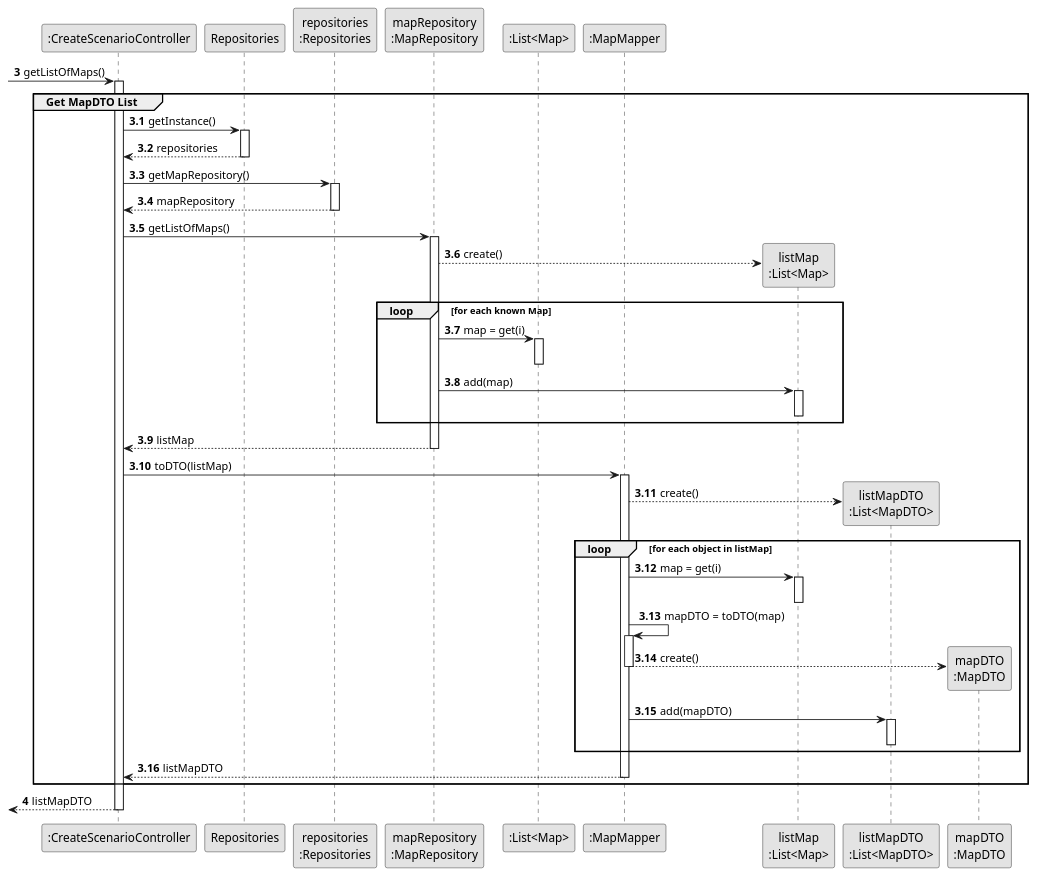
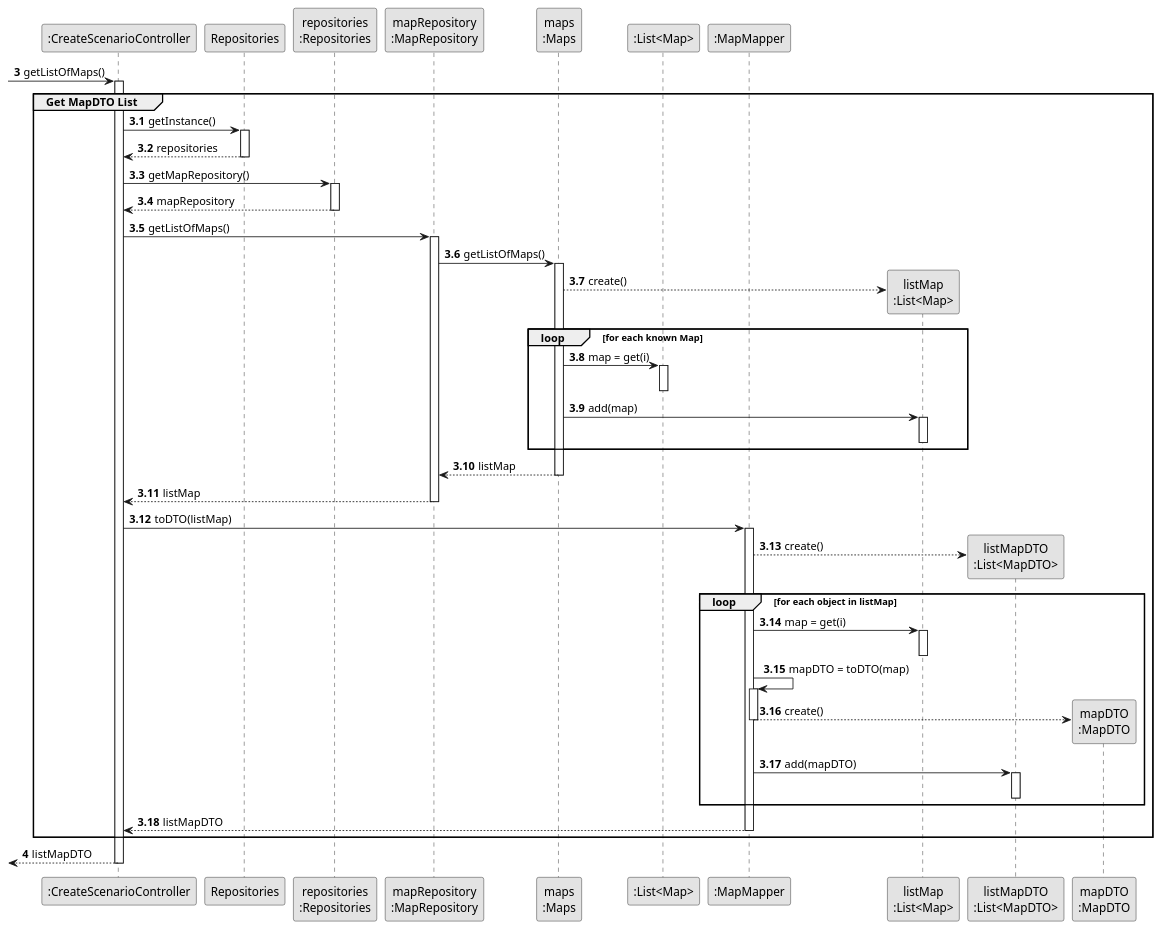
Before and after one commit to HenriqueSilva18/Railway-Network-Simulator: the diagram in docs/system-documentation/Sprint 3/US04/03.design/puml/US04-SD-partial-Get-MapDTO-List.puml, drawn with PlantUML. The commit also changed 43 other files, not shown here.

```diff
--- a/docs/system-documentation/Sprint 3/US04/03.design/puml/US04-SD-partial-Get-MapDTO-List.puml
+++ b/docs/system-documentation/Sprint 3/US04/03.design/puml/US04-SD-partial-Get-MapDTO-List.puml
@@ -1,81 +1,88 @@
 @startuml
 skinparam monochrome true
 skinparam packageStyle rectangle
 skinparam shadowing false
 
 participant ":CreateScenarioController" as CTRL
 participant "Repositories" as REPOS
 participant "repositories\n:Repositories" as REPOS_SINGLETON
 participant "mapRepository\n:MapRepository" as MAP_REPO
+participant "maps\n:Maps" as MAPS
 participant ":List<Map>" as LIST
 participant ":MapMapper" as MAP_MAPPER
 participant "listMap\n:List<Map>" as MAP_LIST
 participant "listMapDTO\n:List<MapDTO>" as MAP_LIST_DTO
 participant "mapDTO\n:MapDTO" as MAP_DTO
 
 autonumber 3
 -> CTRL: getListOfMaps()
 
 autonumber 3.1
 activate CTRL
     group Get MapDTO List
 
         CTRL -> REPOS : getInstance()
         activate REPOS
             REPOS --> CTRL: repositories
         deactivate REPOS
 
         CTRL -> REPOS_SINGLETON: getMapRepository()
         activate REPOS_SINGLETON
             REPOS_SINGLETON --> CTRL: mapRepository
         deactivate REPOS_SINGLETON
 
 
         CTRL -> MAP_REPO: getListOfMaps()
         activate MAP_REPO
-            MAP_REPO --> MAP_LIST**: create()
+        MAP_REPO -> MAPS: getListOfMaps()
+        activate MAPS
+
+            MAPS --> MAP_LIST**: create()
 
             loop for each known Map
-                MAP_REPO -> LIST: map = get(i)
+                MAPS -> LIST: map = get(i)
                 activate LIST
                     deactivate LIST
 
-                MAP_REPO -> MAP_LIST: add(map)
+                MAPS -> MAP_LIST: add(map)
                 activate MAP_LIST
                     deactivate MAP_LIST
             end
+
+            MAPS --> MAP_REPO: listMap
+            deactivate MAPS
 
             MAP_REPO --> CTRL: listMap
             deactivate MAP_REPO
 
         CTRL -> MAP_MAPPER: toDTO(listMap)
         activate MAP_MAPPER
 
             MAP_MAPPER --> MAP_LIST_DTO**: create()
 
             loop for each object in listMap
                 MAP_MAPPER -> MAP_LIST: map = get(i)
                 activate MAP_LIST
                     deactivate MAP_LIST
 
                 MAP_MAPPER -> MAP_MAPPER: mapDTO = toDTO(map)
                 activate MAP_MAPPER
                     MAP_MAPPER --> MAP_DTO**: create()
                     deactivate MAP_MAPPER
 
                 MAP_MAPPER -> MAP_LIST_DTO: add(mapDTO)
                 activate MAP_LIST_DTO
                     deactivate MAP_LIST_DTO
             end
 
         MAP_MAPPER --> CTRL: listMapDTO
         deactivate MAP_MAPPER
 
     end
 
     autonumber 4
     <-- CTRL : listMapDTO
 deactivate CTRL
 
 
 @enduml
```
